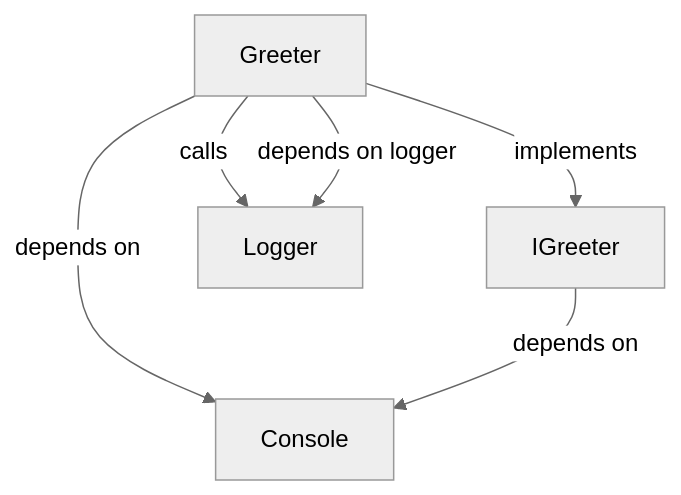
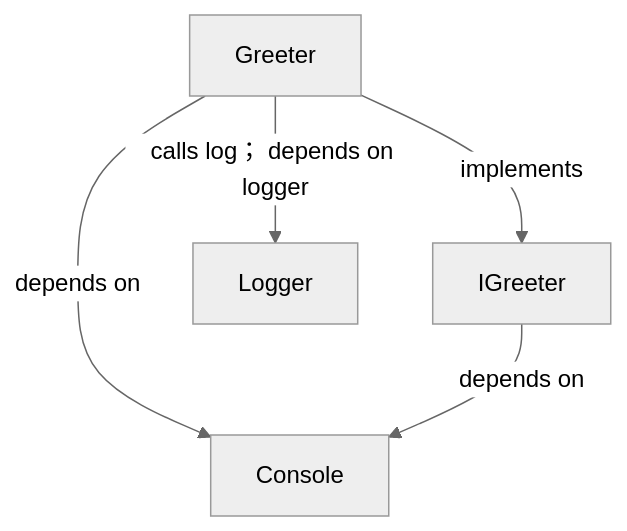
One commit to GreenPandaStudios/augscript changed the diagram in docs/.vitepress/home-diagram.md. Above: the diagram before and after it, drawn with Mermaid (neutral theme). The commit also changed 304 other files, not shown here.

Commit message:
Make generated data-flow sequences concise and review every diagram

````diff
--- a/docs/.vitepress/home-diagram.md
+++ b/docs/.vitepress/home-diagram.md
@@ -3,12 +3,11 @@
 ```mermaid
 flowchart TD
     n0["Greeter"]
     n1["IGreeter"]
     n2["Console"]
     n3["Logger"]
     n0 -->|"implements"| n1
     n0 -->|"depends on"| n2
-    n0 -->|"calls"| n3
-    n0 -->|"depends on logger"| n3
+    n0 -->|"calls log； depends on logger"| n3
     n1 -->|"depends on"| n2
 ```
````
